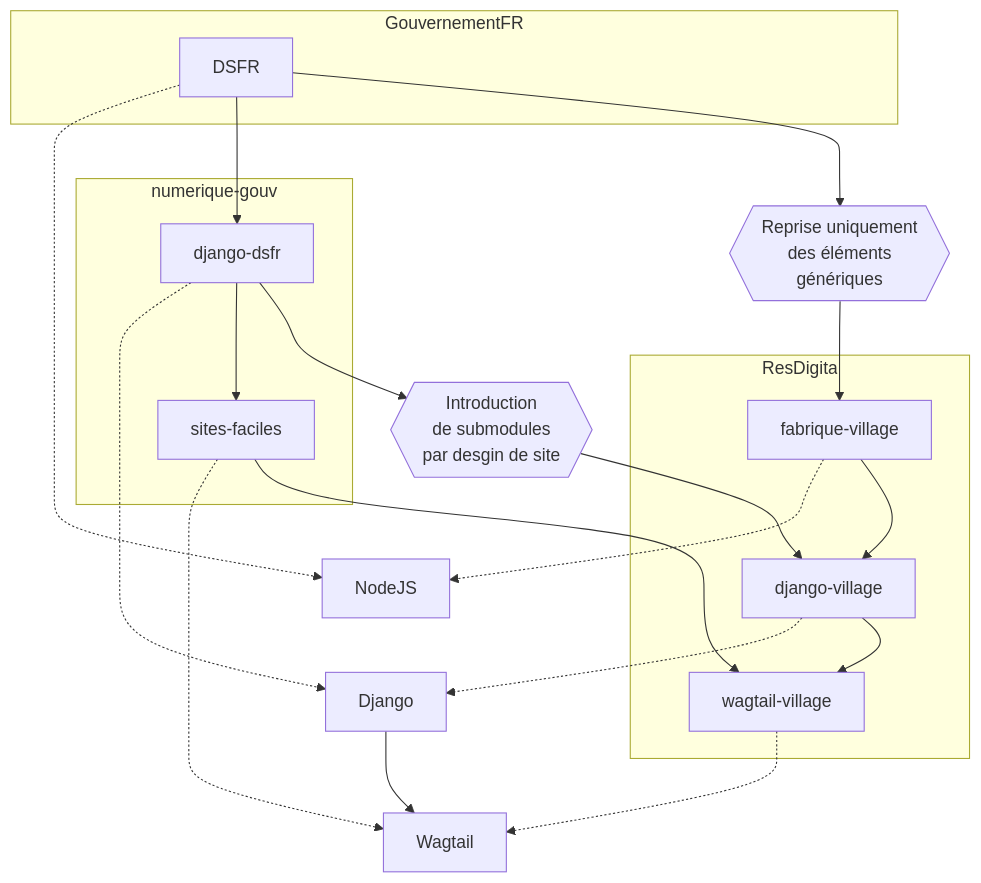
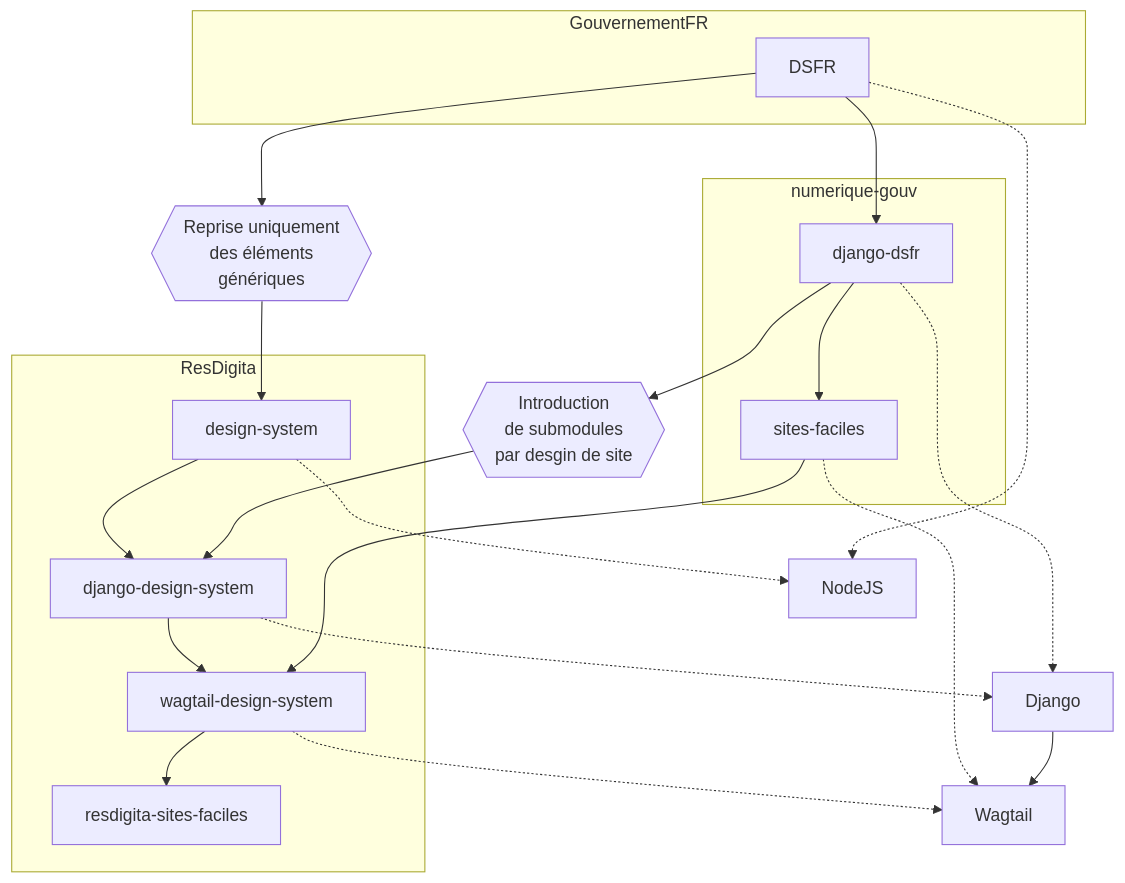
Before and after one commit to chris2fr/wagtail-village: the diagram in README.md, drawn with Mermaid. The commit also changed other lines of this file and 92 other files, not shown here.

Commit message:
Works by importing wagtail-design-system from PyPI

````diff
--- a/README.md
+++ b/README.md
@@ -21,37 +21,38 @@
 ```mermaid
 flowchart TD
 
 subgraph GouvernementFR
 	DSFR
 end
 subgraph numerique-gouv
 	django-dsfr
 	sites-faciles
 end
 subgraph ResDigita 
-	fabrique-village
-	django-village
-	wagtail-village
+	design-system
+	django-design-system
+	wagtail-design-system
+	resdigita-sites-faciles
 end
 
 
 django-dsfr -.-> Django 
 sites-faciles-.-> Wagtail 
-django-village -.-> Django
-wagtail-village -.-> Wagtail 
+django-design-system -.-> Django
+wagtail-design-system -.-> Wagtail 
 DSFR -.-> NodeJS 
-fabrique-village  -.-> NodeJS 
+design-system  -.-> NodeJS 
 
 DSFR --> django-dsfr
 django-dsfr --> sites-faciles
 DSFR --> uniquement-generique{{Reprise uniquement\ndes éléments\ngénériques}}
-uniquement-generique --> fabrique-village
-fabrique-village --> django-village
+uniquement-generique --> design-system
+design-system --> django-design-system
 
 django-dsfr --> intro-submodules{{Introduction\nde submodules\npar desgin de site}}
-intro-submodules --> django-village
-django-village --> wagtail-village
-sites-faciles --> wagtail-village
+intro-submodules --> django-design-system
+django-design-system --> wagtail-design-system --> resdigita-sites-faciles
+sites-faciles --> wagtail-design-system
 
 Django --> Wagtail
 ```
````
